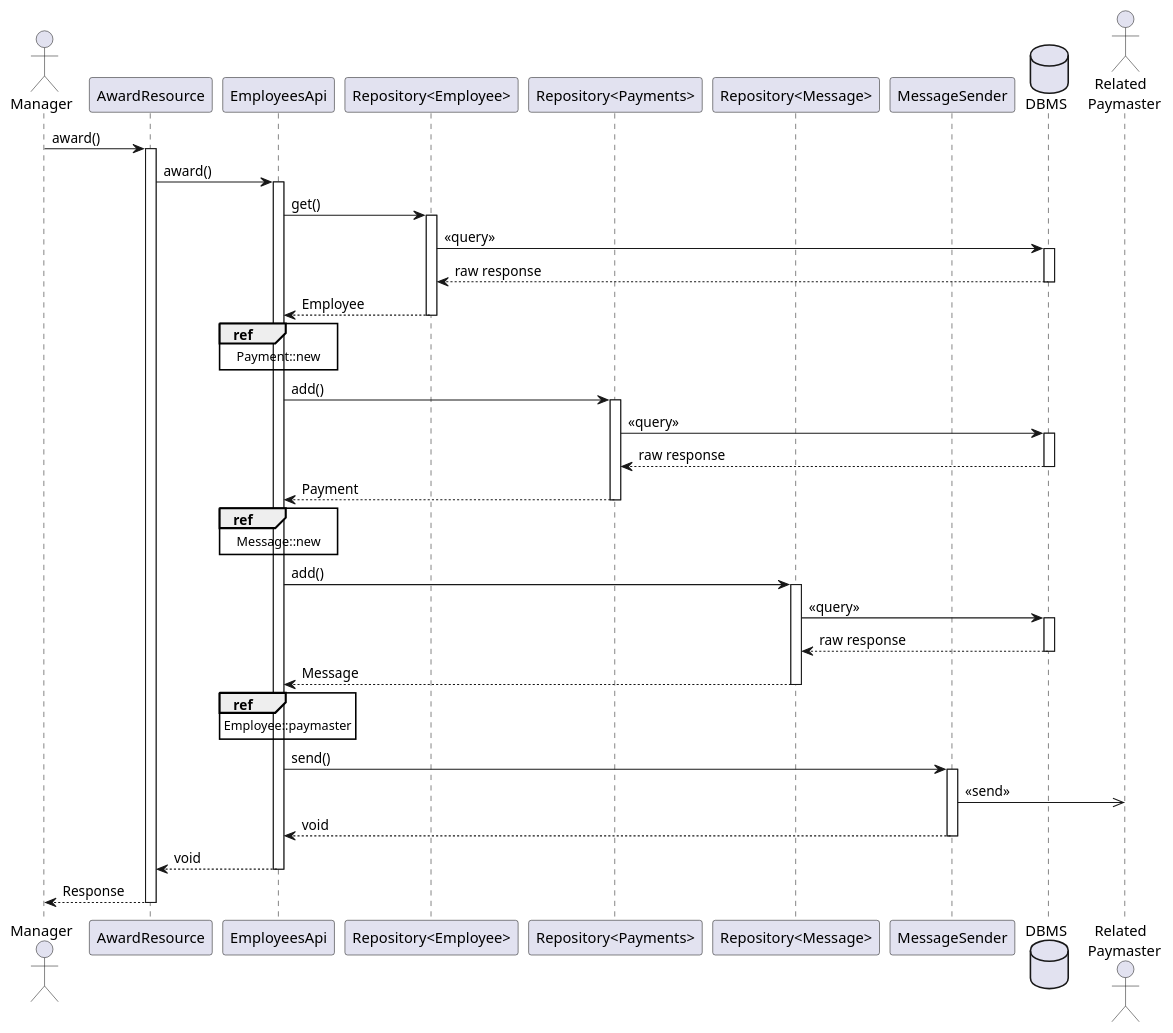
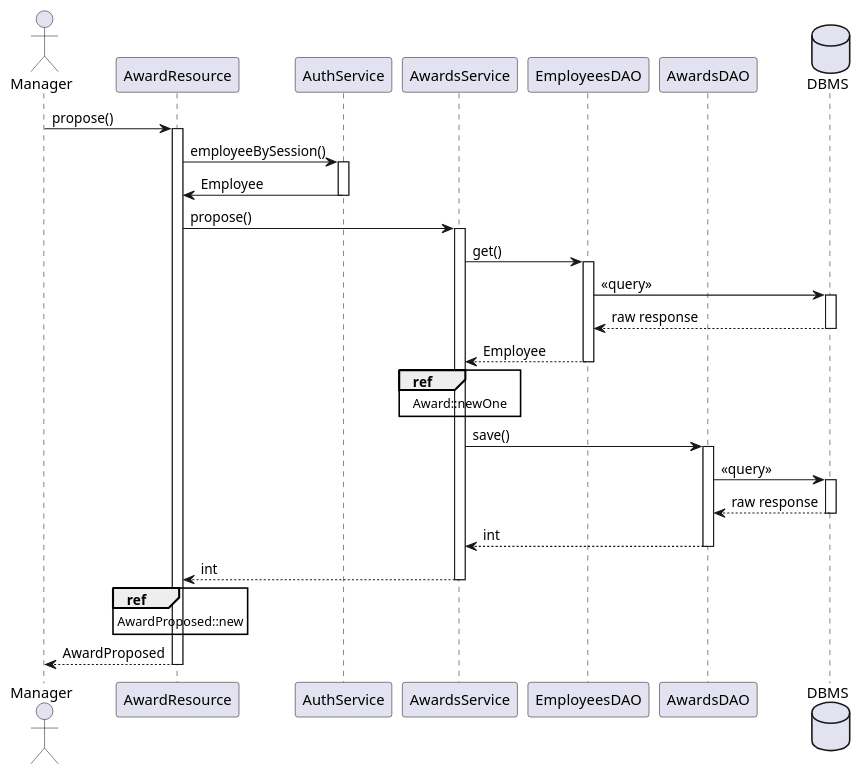
The diagram in diagrams/sequence/award/award employee.puml (JohnKhandygo/employee-managment), drawn with PlantUML before and after one commit. The commit also changed 29 other files, not shown here.

Commit message:
update diagrams.

```diff
--- a/diagrams/sequence/award/award employee.puml
+++ b/diagrams/sequence/award/award employee.puml
@@ -1,63 +1,51 @@
 @startuml
 
 actor Manager as manager
 participant AwardResource as resource
-participant EmployeesApi as api
-participant "Repository<Employee>" as employees
-participant "Repository<Payments>" as payments
-participant "Repository<Message>" as messages
-participant "MessageSender" as sender
+participant AuthService as auth
+participant AwardsService as awards
+participant "EmployeesDAO" as employees
+participant "AwardsDAO" as payments
 database DBMS
-actor "Related \n Paymaster" as paymaster
 
-manager -> resource : award()
+manager -> resource : propose()
 activate resource
-resource -> api : award()
-activate api
+
+''''' auth 
+resource -> auth : employeeBySession()
+activate auth
+auth -> resource : Employee
+deactivate auth
+
+resource -> awards : propose()
+activate awards
 
 ''''' get awarded employee
-api -> employees : get()
+awards -> employees : get()
 activate employees
 employees -> DBMS : <<query>>
 activate DBMS
 DBMS --> employees : raw response
 deactivate DBMS
-employees --> api : Employee
+employees --> awards : Employee
 deactivate employees
 
 ''''' add new payment
-ref over api : Payment::new
-api -> payments : add()
+ref over awards : Award::newOne
+awards -> payments : save()
 activate payments
 payments -> DBMS : <<query>>
 activate DBMS
 DBMS --> payments : raw response
 deactivate DBMS
-payments --> api : Payment
+payments --> awards : int
 deactivate payments
 
-''''' create message
-ref over api : Message::new
-api -> messages : add()
-activate messages
-messages -> DBMS : <<query>>
-activate DBMS
-DBMS --> messages : raw response
-deactivate DBMS
-messages --> api : Message
-deactivate messages
+awards -->  resource : int
+deactivate awards
 
-''''' send a message to the paymaster
-ref over api : Employee::paymaster
-api -> sender : send()
-activate sender
-sender ->> paymaster : <<send>>
-sender --> api : void
-deactivate sender
-
-api -->  resource : void
-deactivate api
-resource --> manager : Response
+ref over resource : AwardProposed::new
+resource --> manager : AwardProposed
 deactivate resource
 
 @enduml
```
